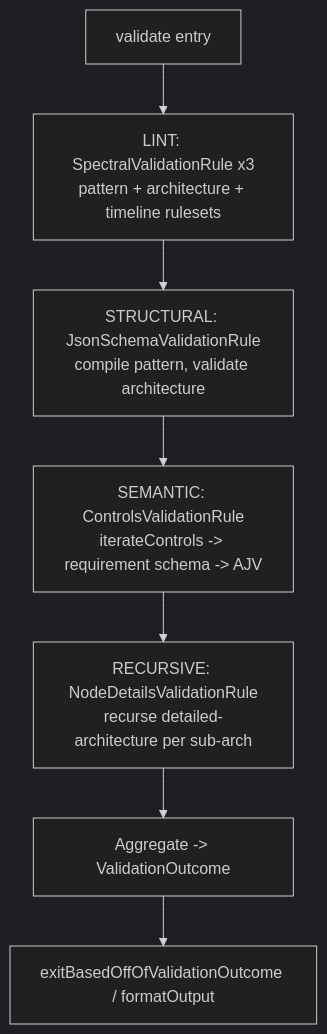
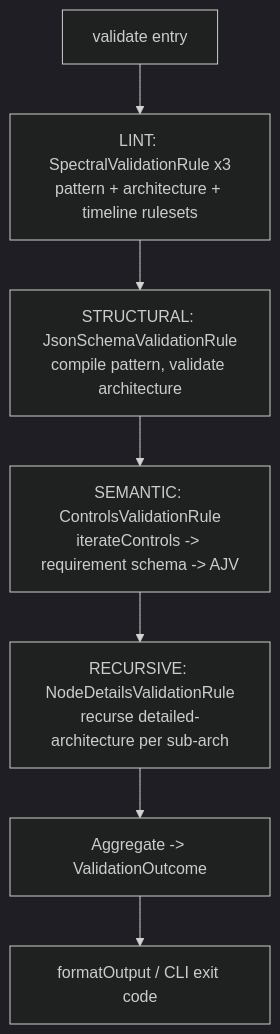
One commit to finos/architecture-as-code changed the fifth of 5 diagrams in shared/src/commands/validate/ValidationTechnicalSpecification.md. Above: the diagram before and after it, drawn with Mermaid (dark theme). The commit also changed other lines of this file and 6 other files, not shown here.

First line of the commit message:
refactor(cli): move exitBasedOffOfValidationOutcome out of shared into the CLI (#3379)

````diff
--- a/shared/src/commands/validate/ValidationTechnicalSpecification.md
+++ b/shared/src/commands/validate/ValidationTechnicalSpecification.md
@@ -251,9 +251,9 @@
 ```mermaid
 flowchart TD
     A[validate entry] --> B[LINT: SpectralValidationRule x3<br/>pattern + architecture + timeline rulesets]
     B --> C[STRUCTURAL: JsonSchemaValidationRule<br/>compile pattern, validate architecture]
     C --> D[SEMANTIC: ControlsValidationRule<br/>iterateControls -> requirement schema -> AJV]
     D --> E[RECURSIVE: NodeDetailsValidationRule<br/>recurse detailed-architecture per sub-arch]
     E --> F[Aggregate -> ValidationOutcome]
-    F --> G[exitBasedOffOfValidationOutcome / formatOutput]
+    F --> G[formatOutput / CLI exit code]
 ```
````
